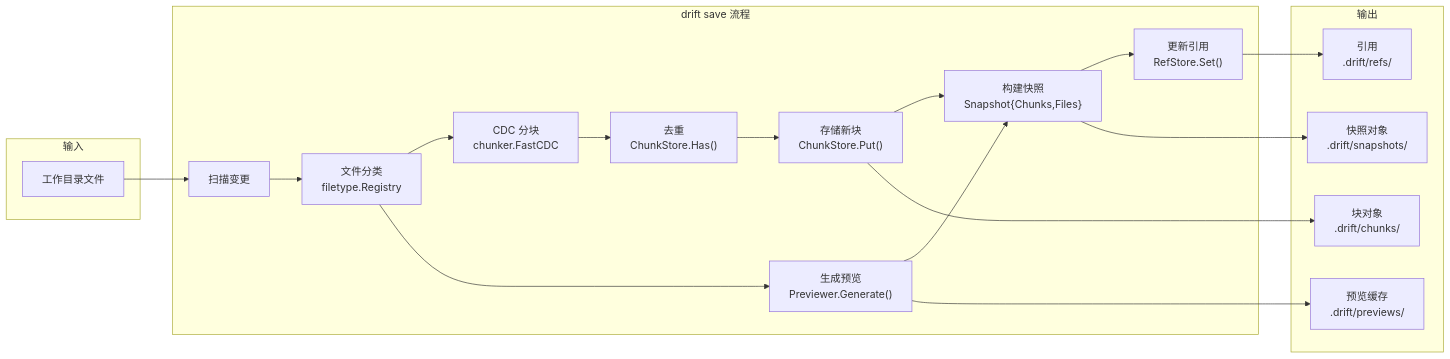
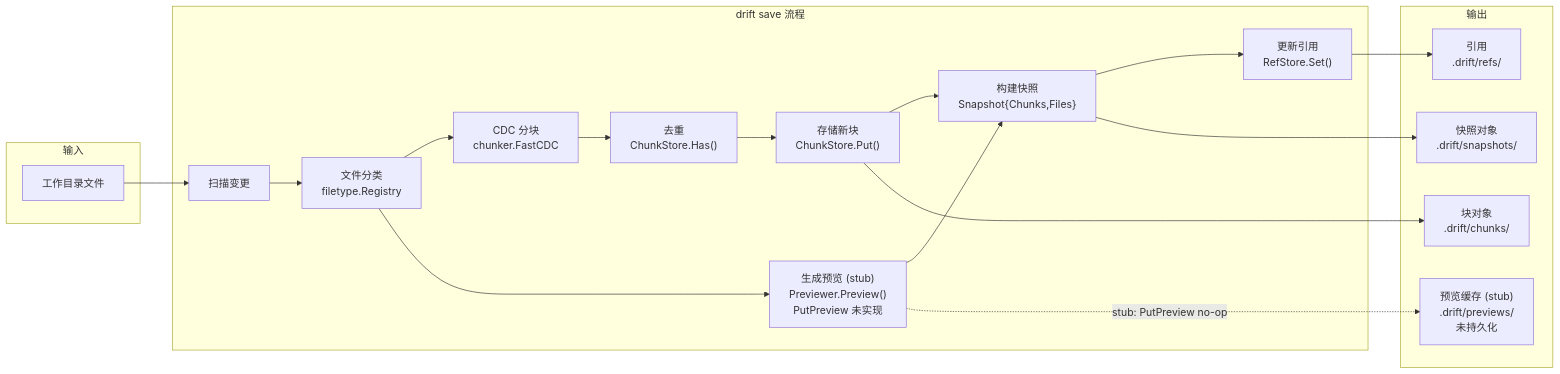
The second of 5 diagrams in docs/architecture.md (Alei-001/drift), drawn with Mermaid before and after one commit. The commit also changed other lines of this file and 92 other files, not shown here.

````diff
--- a/docs/architecture.md
+++ b/docs/architecture.md
@@ -184,38 +200,38 @@
 ```mermaid
 flowchart LR
     subgraph INPUT["输入"]
         Files["工作目录文件"]
     end
 
     subgraph SAVE["drift save 流程"]
         Scan["扫描变更"]
         Classify["文件分类<br/>filetype.Registry"]
         Chunking["CDC 分块<br/>chunker.FastCDC"]
         Dedup["去重<br/>ChunkStore.Has()"]
         Store["存储新块<br/>ChunkStore.Put()"]
-        Thumb["生成预览<br/>Previewer.Generate()"]
+        Thumb["生成预览 (stub)<br/>Previewer.Preview()<br/>PutPreview 未实现"]
         BuildSnap["构建快照<br/>Snapshot{Chunks,Files}"]
         UpdateRef["更新引用<br/>RefStore.Set()"]
     end
 
     subgraph OUTPUT["输出"]
         SnapObj["快照对象<br/>.drift/snapshots/"]
         ChunkObj["块对象<br/>.drift/chunks/"]
-        PreviewObj["预览缓存<br/>.drift/previews/"]
+        PreviewObj["预览缓存 (stub)<br/>.drift/previews/<br/>未持久化"]
         RefObj["引用<br/>.drift/refs/"]
     end
 
     Files --> Scan
     Scan --> Classify
     Classify --> Chunking
     Chunking --> Dedup
     Dedup --> Store
     Store --> BuildSnap
     Classify --> Thumb
     Thumb --> BuildSnap
     BuildSnap --> UpdateRef
     Store --> ChunkObj
     BuildSnap --> SnapObj
-    Thumb --> PreviewObj
+    Thumb -. "stub: PutPreview no-op" .-> PreviewObj
     UpdateRef --> RefObj
 ```
````
